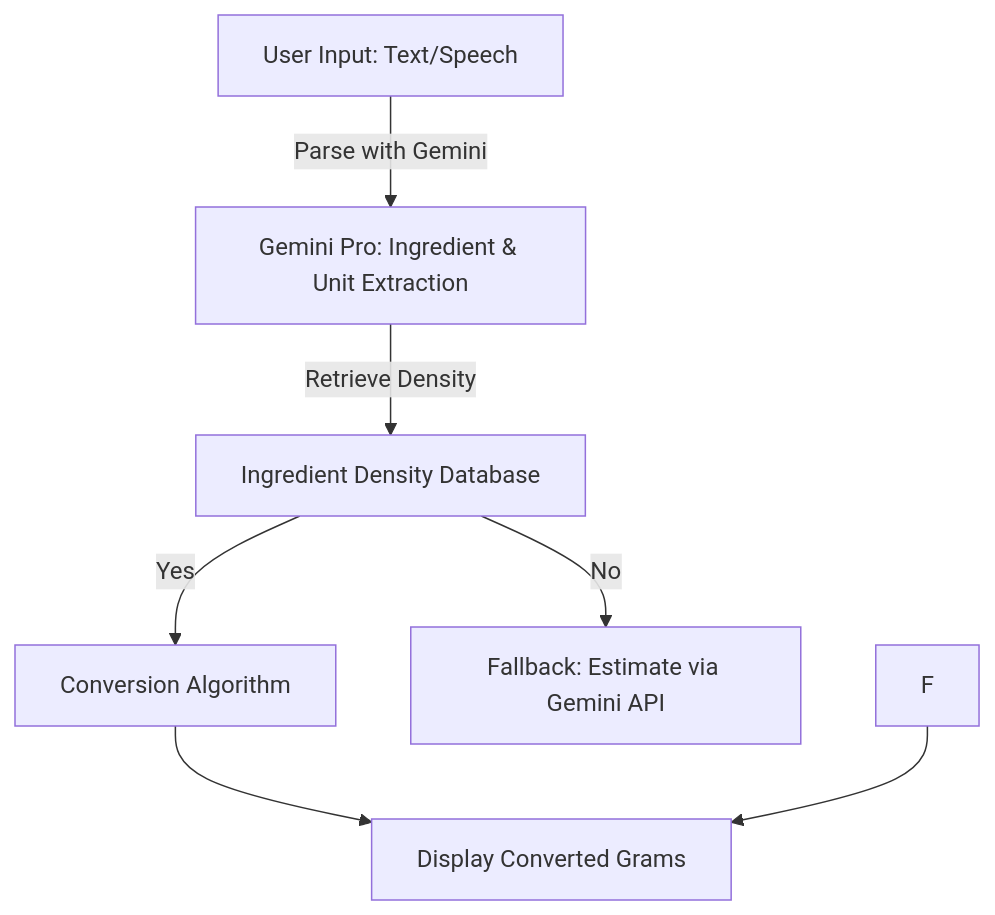
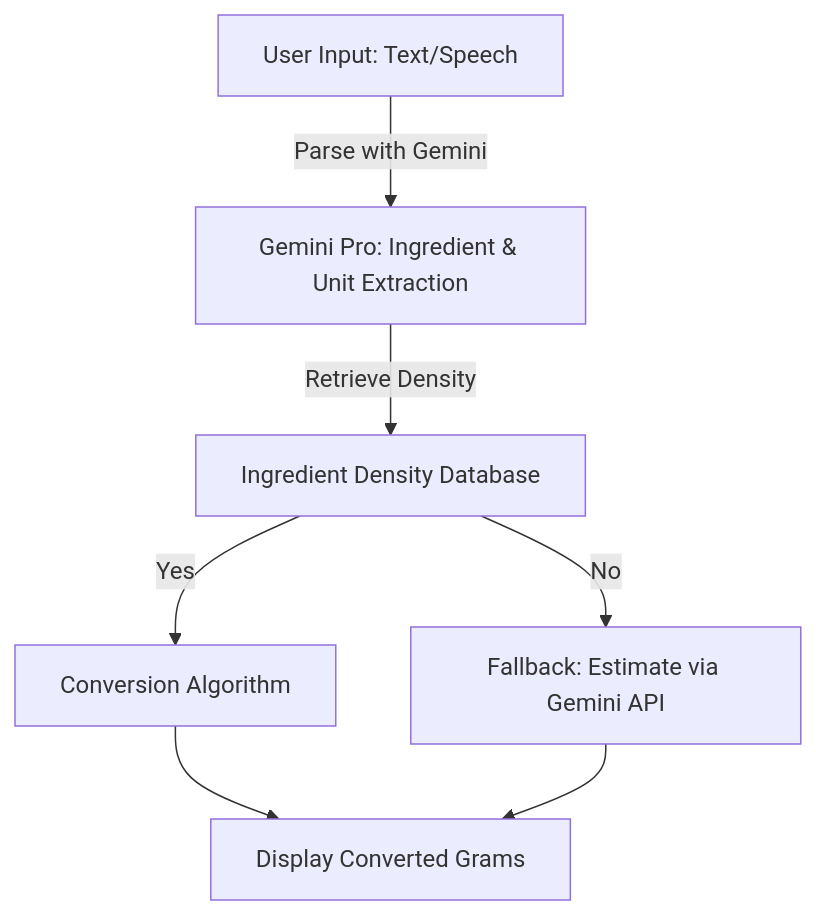
Before and after one commit to HarshaVardhan-AS/precisebake_backend: the diagram in README.md, drawn with Mermaid.

````diff
--- a/README.md
+++ b/README.md
@@ -48,9 +48,9 @@
 ```mermaid
 graph TD;
     A[User Input: Text/Speech] -->|Parse with Gemini| B[Gemini Pro: Ingredient & Unit Extraction];
     B -->|Retrieve Density| C[Ingredient Density Database];
     C -- Yes --> D[Conversion Algorithm];
     C -- No --> E[Fallback: Estimate via Gemini API];
     D --> G[Display Converted Grams];
-    F --> G;
+    E --> G;
 ```
````
